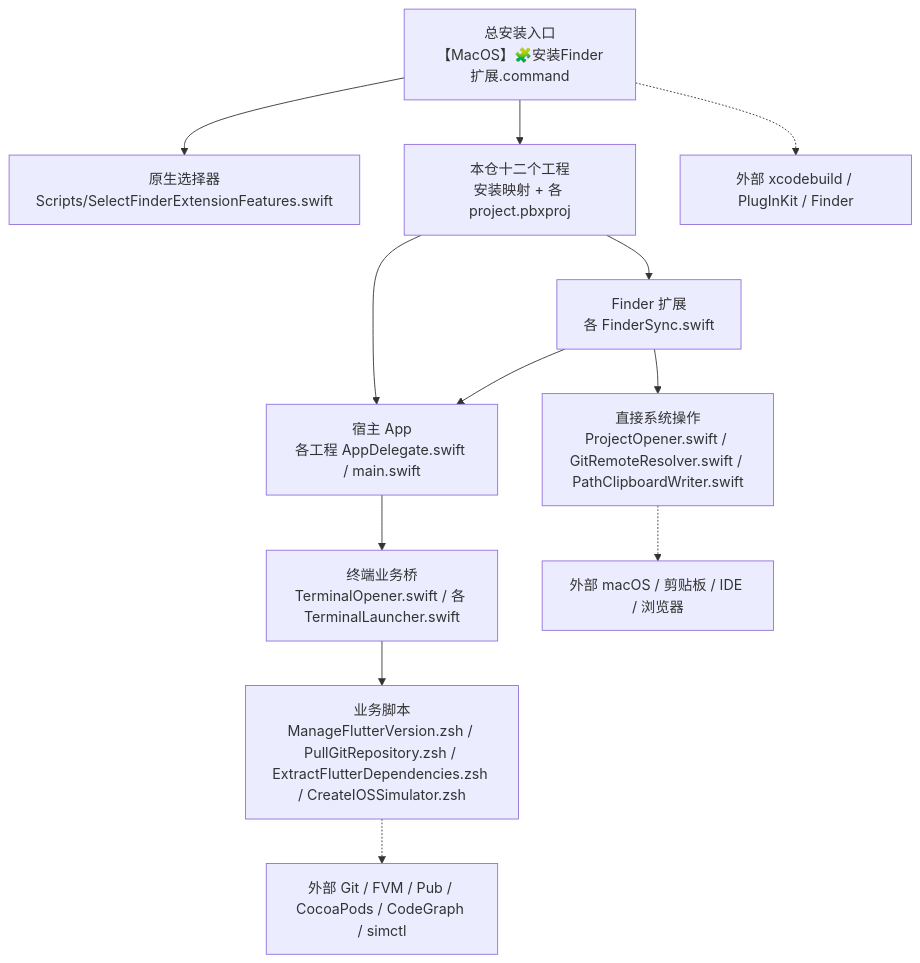
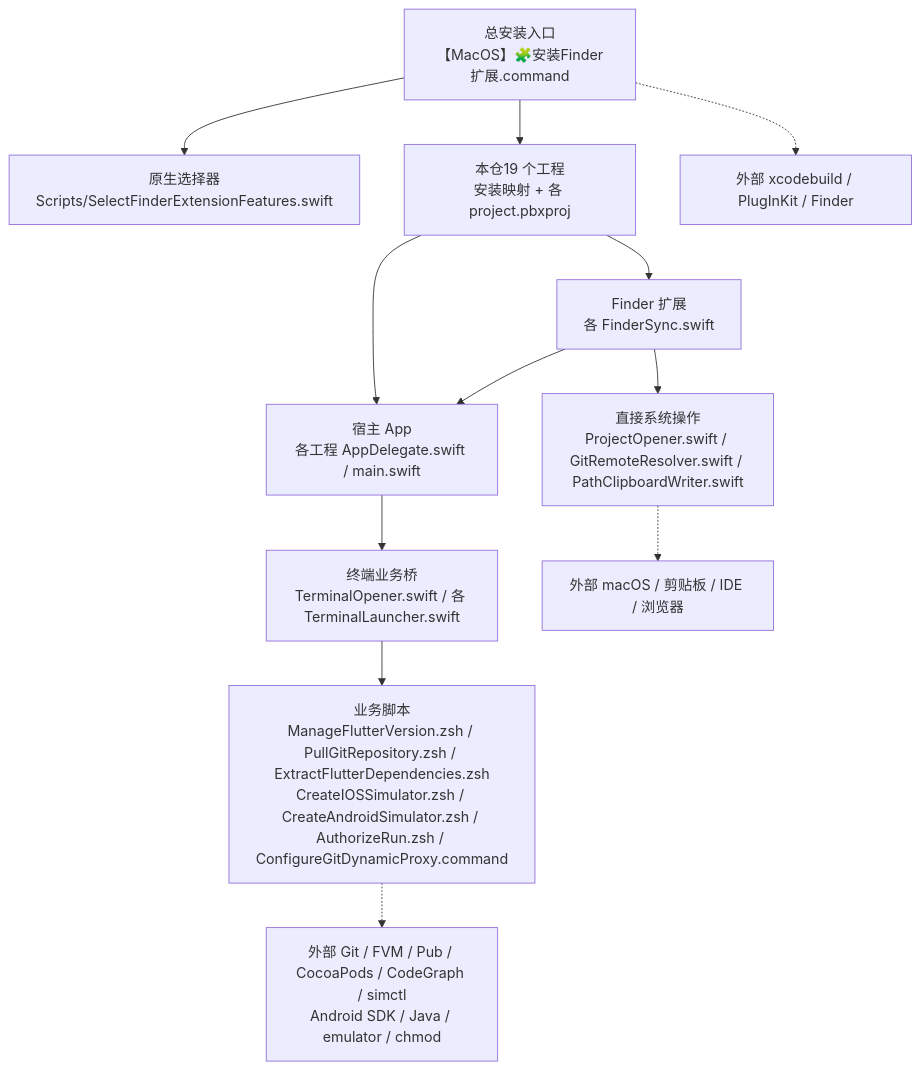
The first of 4 diagrams in README.md (JobsKits/MacOS_Extension), drawn with Mermaid before and after one commit. The commit also changed other lines of this file and 147 other files, not shown here.

````diff
--- a/README.md
+++ b/README.md
@@ -347,14 +376,14 @@
 ```mermaid
 flowchart TD
     A["总安装入口<br/>【MacOS】🧩安装Finder扩展.command"] --> B["原生选择器<br/>Scripts/SelectFinderExtensionFeatures.swift"]
-    A --> C["本仓十二个工程<br/>安装映射 + 各 project.pbxproj"]
+    A --> C["本仓19 个工程<br/>安装映射 + 各 project.pbxproj"]
     C --> D["宿主 App<br/>各工程 AppDelegate.swift / main.swift"]
     C --> E["Finder 扩展<br/>各 FinderSync.swift"]
     E --> F["直接系统操作<br/>ProjectOpener.swift / GitRemoteResolver.swift / PathClipboardWriter.swift"]
     E --> D
     D --> G["终端业务桥<br/>TerminalOpener.swift / 各 TerminalLauncher.swift"]
-    G --> H["业务脚本<br/>ManageFlutterVersion.zsh / PullGitRepository.zsh / ExtractFlutterDependencies.zsh / CreateIOSSimulator.zsh"]
+    G --> H["业务脚本<br/>ManageFlutterVersion.zsh / PullGitRepository.zsh / ExtractFlutterDependencies.zsh<br/>CreateIOSSimulator.zsh / CreateAndroidSimulator.zsh / AuthorizeRun.zsh / ConfigureGitDynamicProxy.command"]
     F -.-> I["外部 macOS / 剪贴板 / IDE / 浏览器"]
-    H -.-> J["外部 Git / FVM / Pub / CocoaPods / CodeGraph / simctl"]
+    H -.-> J["外部 Git / FVM / Pub / CocoaPods / CodeGraph / simctl<br/>Android SDK / Java / emulator / chmod"]
     A -.-> K["外部 xcodebuild / PlugInKit / Finder"]
 ```
````
